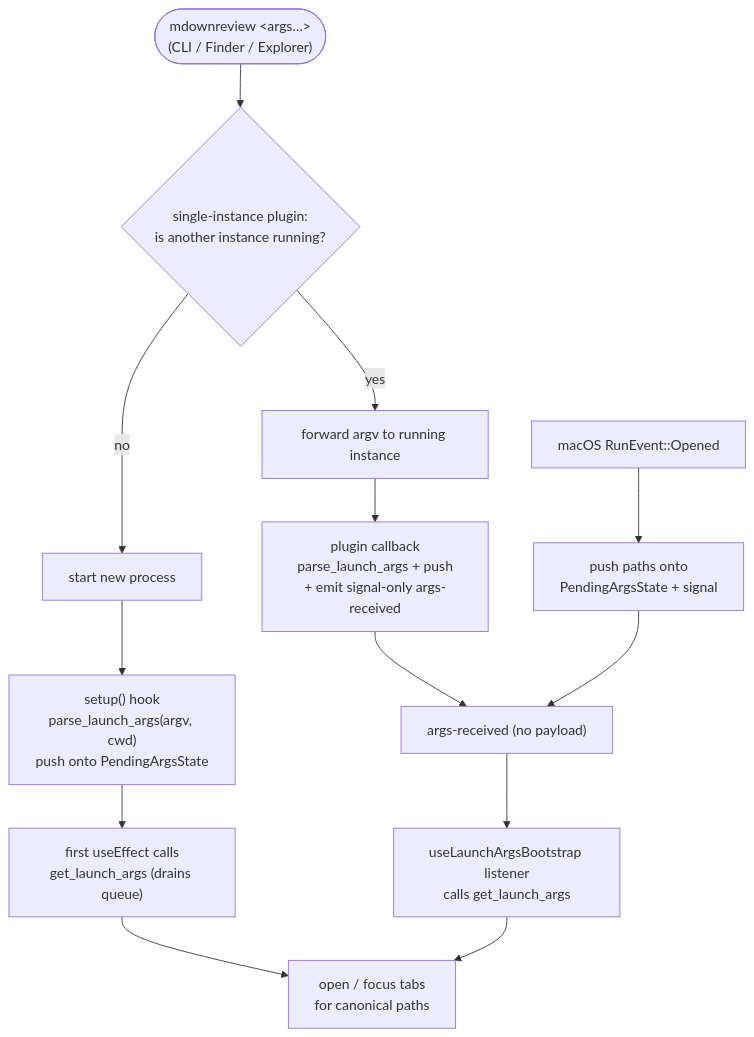
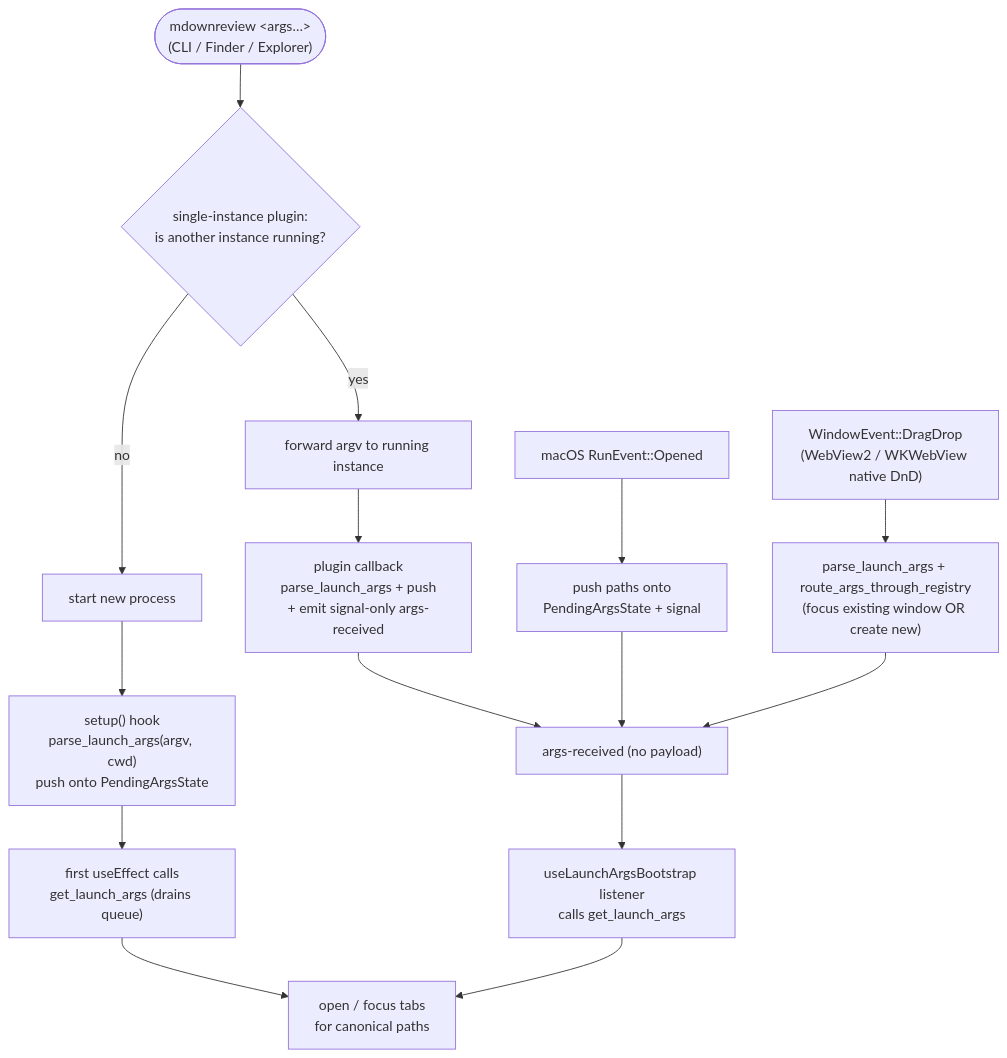
Before and after one commit to dryotta/mDown-reView: the diagram in docs/features/cli-and-associations.md, drawn with Mermaid. The commit also changed other lines of this file and 12 other files, not shown here.

First line of the commit message:
feat: drag-and-drop file/folder support

````diff
--- a/docs/features/cli-and-associations.md
+++ b/docs/features/cli-and-associations.md
@@ -36,15 +50,17 @@
 ```mermaid
 flowchart TD
     Launch(["mdownreview &lt;args…&gt;<br/>(CLI / Finder / Explorer)"]) --> SI{"single-instance plugin:<br/>is another instance running?"}
     SI -- "no" --> Spawn["start new process"]
     SI -- "yes" --> Forward["forward argv to running instance"]
     Spawn --> Init["setup() hook<br/>parse_launch_args(argv, cwd)<br/>push onto PendingArgsState"]
     Forward --> Push2["plugin callback<br/>parse_launch_args + push<br/>+ emit signal-only args-received"]
     Push2 --> ArgsEvt["args-received (no payload)"]
     Mac["macOS RunEvent::Opened"] --> Push3["push paths onto<br/>PendingArgsState + signal"]
     Push3 --> ArgsEvt
+    Drop["WindowEvent::DragDrop<br/>(WebView2 / WKWebView native DnD)"] --> Push4["parse_launch_args + route_args_through_registry<br/>(focus existing window OR create new)"]
+    Push4 --> ArgsEvt
     Init --> First["first useEffect calls<br/>get_launch_args (drains queue)"]
     ArgsEvt --> Listener["useLaunchArgsBootstrap listener<br/>calls get_launch_args"]
     First --> Open["open / focus tabs<br/>for canonical paths"]
     Listener --> Open
 ```
````
